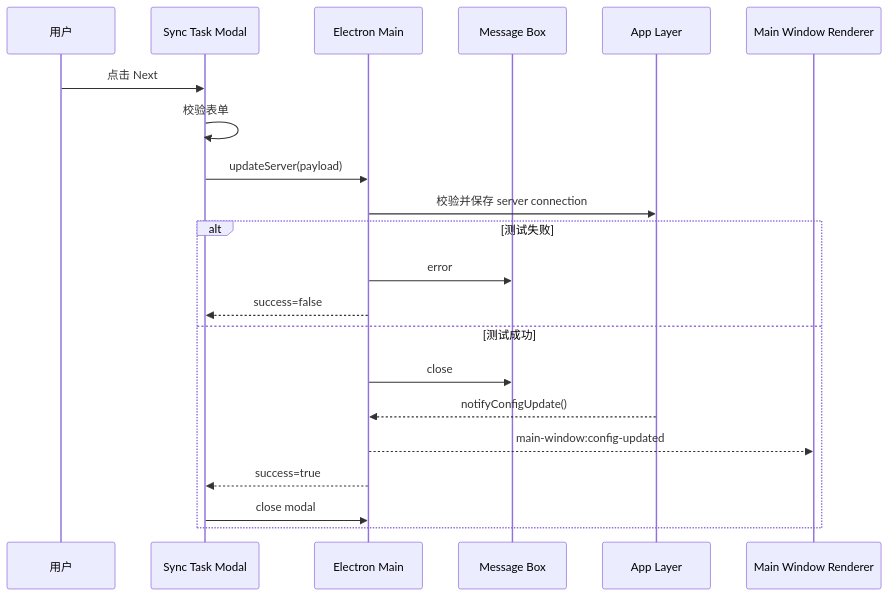
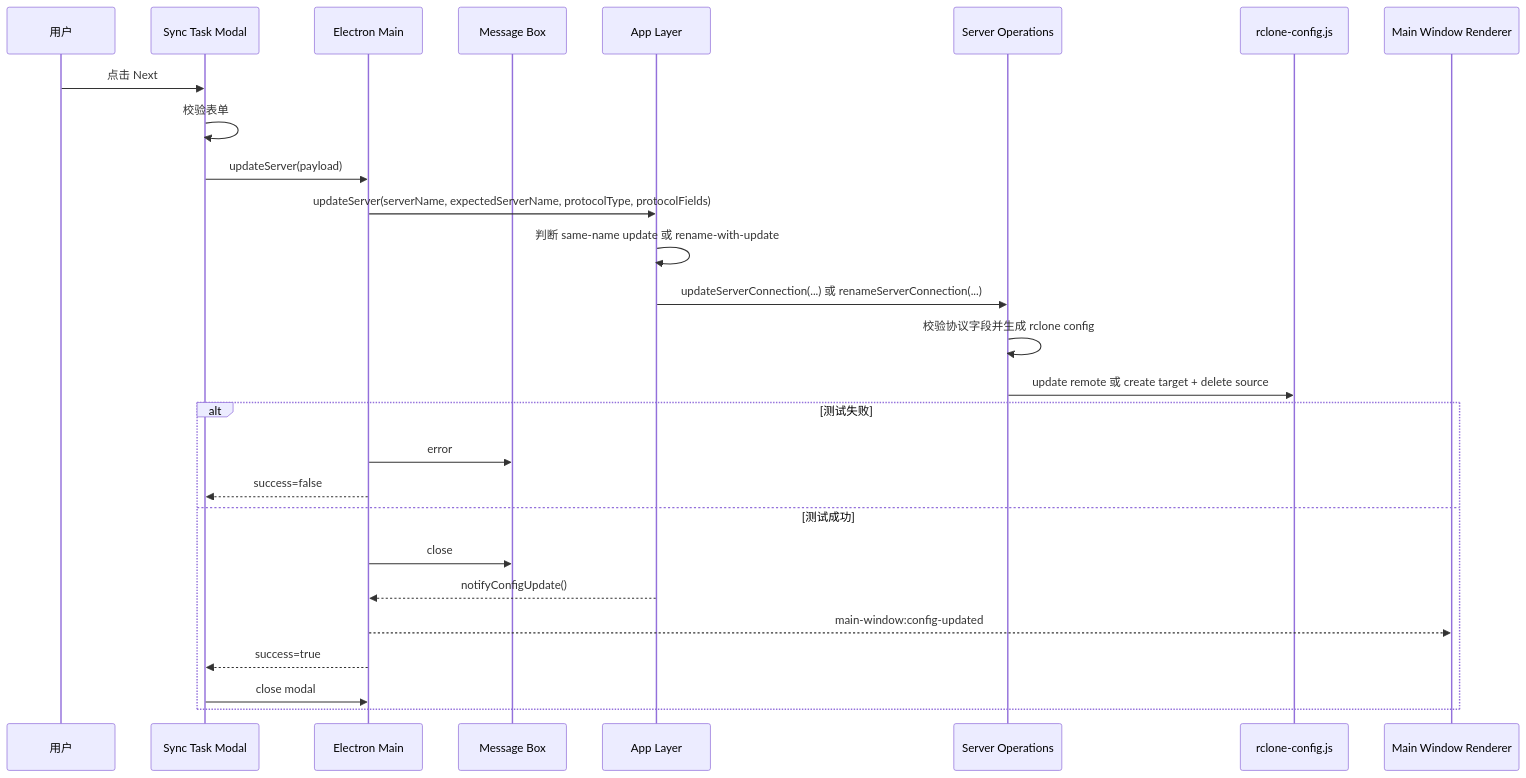
Diagram 12 of 13 in docs/Flows.md (agalloch21/sync-with-rclone), drawn with Mermaid before and after one commit. The commit also changed other lines of this file and 8 other files, not shown here.

Commit message:
optimize the boundary between server-operations.js and rclone-config.js

````diff
--- a/docs/Flows.md
+++ b/docs/Flows.md
@@ -337,24 +337,30 @@
 ```mermaid
 sequenceDiagram
   participant U as 用户
   participant M as Sync Task Modal
   participant EM as Electron Main
   participant MB as Message Box
   participant APP as App Layer
+  participant SO as Server Operations
+  participant RC as rclone-config.js
   participant MW as Main Window Renderer
 
   U->>M: 点击 Next
   M->>M: 校验表单
   M->>EM: updateServer(payload)
-  EM->>APP: 校验并保存 server connection
+  EM->>APP: updateServer(serverName, expectedServerName, protocolType, protocolFields)
+  APP->>APP: 判断 same-name update 或 rename-with-update
+  APP->>SO: updateServerConnection(...) 或 renameServerConnection(...)
+  SO->>SO: 校验协议字段并生成 rclone config
+  SO->>RC: update remote 或 create target + delete source
   alt 测试失败
     EM->>MB: error
     EM-->>M: success=false
   else 测试成功
     EM->>MB: close
     APP-->>EM: notifyConfigUpdate()
     EM-->>MW: main-window:config-updated
     EM-->>M: success=true
     M->>EM: close modal
   end
 ```
````
